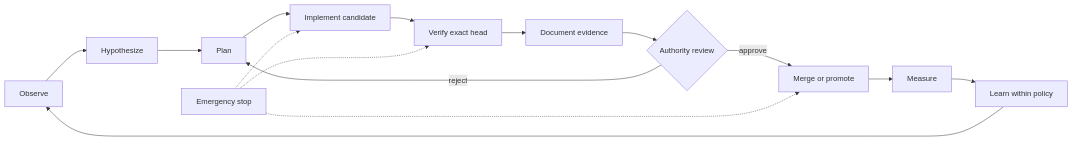
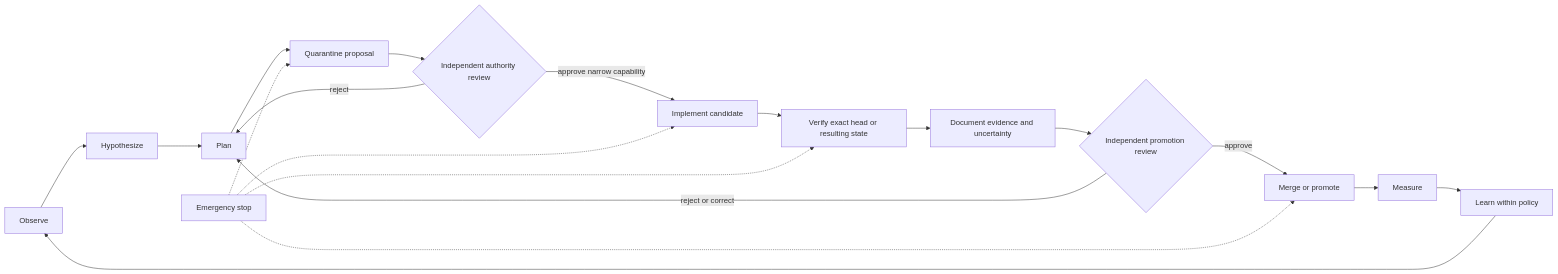
One commit to aevespers2/ALISTAIRE- changed the diagram in docs/governance-charter.md. Above: the diagram before and after it, drawn with Mermaid. The commit also changed other lines of this file, not shown here.

Commit message:
docs: extend governance charter with constitutional cuts and portable trust

````diff
--- a/docs/governance-charter.md
+++ b/docs/governance-charter.md
@@ -113,17 +162,21 @@
 ```mermaid
 flowchart LR
     O[Observe] --> H[Hypothesize]
     H --> P[Plan]
-    P --> I[Implement candidate]
-    I --> V[Verify exact head]
-    V --> D[Document evidence]
-    D --> R{Authority review}
-    R -->|reject| P
+    P --> Q[Quarantine proposal]
+    Q --> A{Independent authority review}
+    A -->|reject| P
+    A -->|approve narrow capability| I[Implement candidate]
+    I --> V[Verify exact head or resulting state]
+    V --> D[Document evidence and uncertainty]
+    D --> R{Independent promotion review}
+    R -->|reject or correct| P
     R -->|approve| M[Merge or promote]
     M --> E[Measure]
     E --> L[Learn within policy]
     L --> O
-    X[Emergency stop] -.-> I
+    X[Emergency stop] -.-> Q
+    X -.-> I
     X -.-> V
     X -.-> M
 ```
````
